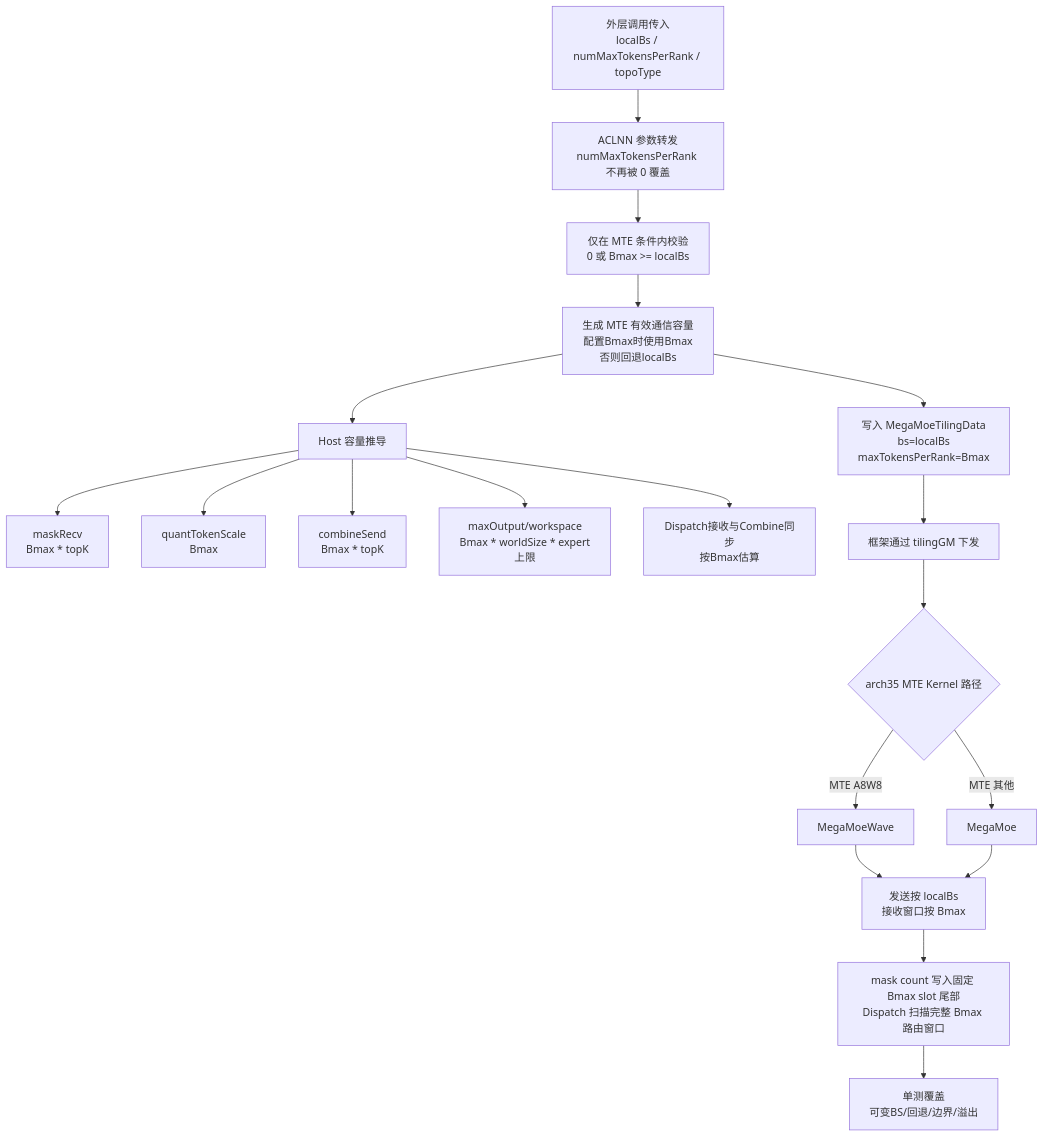
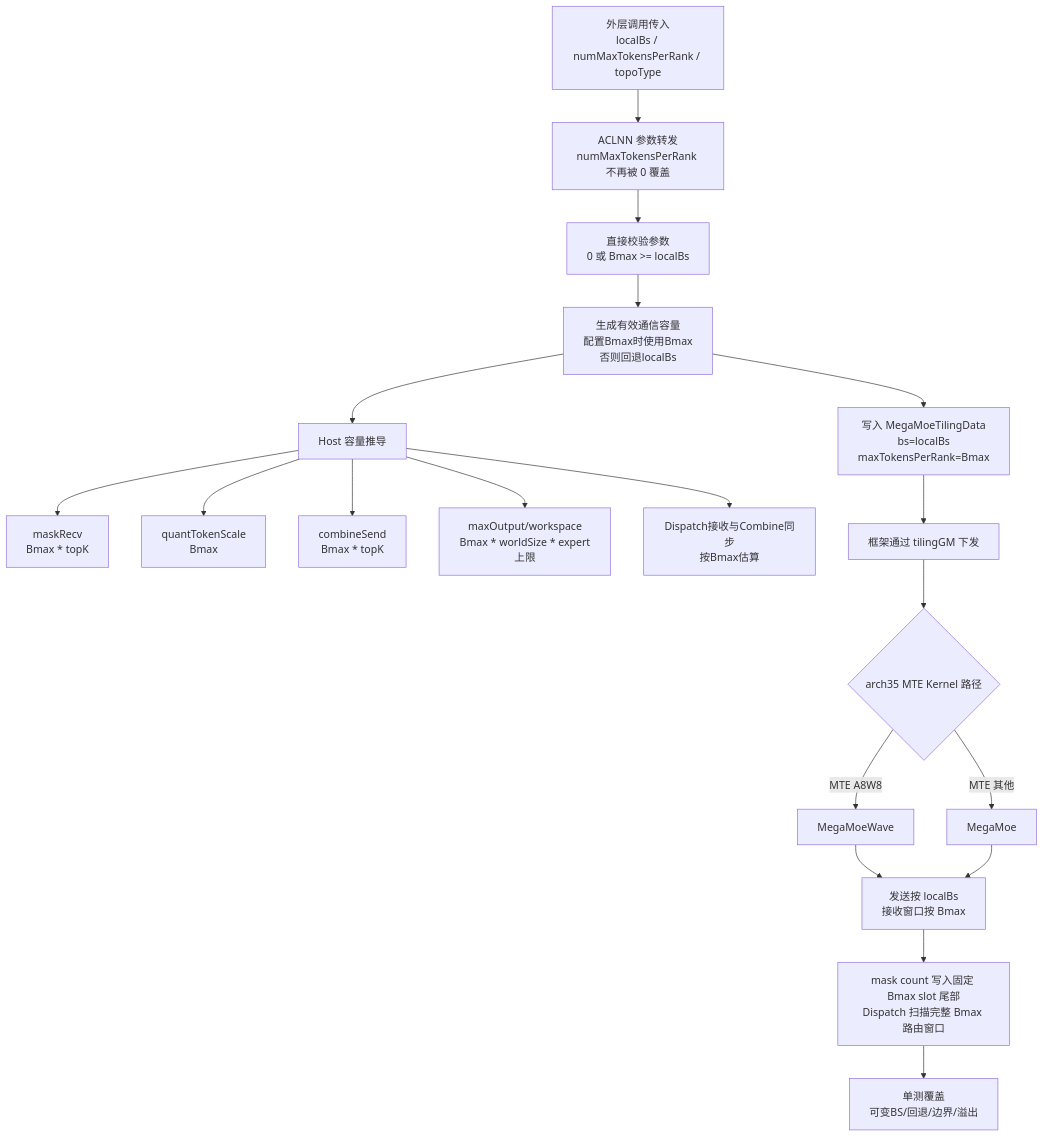
The diagram in mc2/mega_moe/ARCH35_MTE_VARIABLE_BS_MODIFICATION.md (ChunnX/ops-transformer), drawn with Mermaid before and after one commit. The commit also changed other lines of this file and 1 other file, not shown here.

````diff
--- a/mc2/mega_moe/ARCH35_MTE_VARIABLE_BS_MODIFICATION.md
+++ b/mc2/mega_moe/ARCH35_MTE_VARIABLE_BS_MODIFICATION.md
@@ -3,21 +3,21 @@
 ```mermaid
 flowchart TD
     A[外层调用传入<br/>localBs / numMaxTokensPerRank / topoType] --> B[ACLNN 参数转发<br/>numMaxTokensPerRank 不再被 0 覆盖]
-    B --> C[仅在 MTE 条件内校验<br/>0 或 Bmax >= localBs]
-    C --> D[生成 MTE 有效通信容量<br/>配置Bmax时使用Bmax<br/>否则回退localBs]
+    B --> C[直接校验参数<br/>0 或 Bmax >= localBs]
+    C --> D[生成有效通信容量<br/>配置Bmax时使用Bmax<br/>否则回退localBs]
     D --> E[写入 MegaMoeTilingData<br/>bs=localBs<br/>maxTokensPerRank=Bmax]
     D --> F[Host 容量推导]
     F --> F1[maskRecv<br/>Bmax * topK]
     F --> F2[quantTokenScale<br/>Bmax]
     F --> F3[combineSend<br/>Bmax * topK]
     F --> F4[maxOutput/workspace<br/>Bmax * worldSize * expert上限]
     F --> F5[Dispatch接收与Combine同步<br/>按Bmax估算]
     E --> G[框架通过 tilingGM 下发]
     G --> H{arch35 MTE Kernel 路径}
     H -->|MTE A8W8| I[MegaMoeWave]
     H -->|MTE 其他| J[MegaMoe]
     I --> L[发送按 localBs<br/>接收窗口按 Bmax]
     J --> L
     L --> M[mask count 写入固定 Bmax slot 尾部<br/>Dispatch 扫描完整 Bmax 路由窗口]
     M --> N[单测覆盖<br/>可变BS/回退/边界/溢出]
 ```
````
